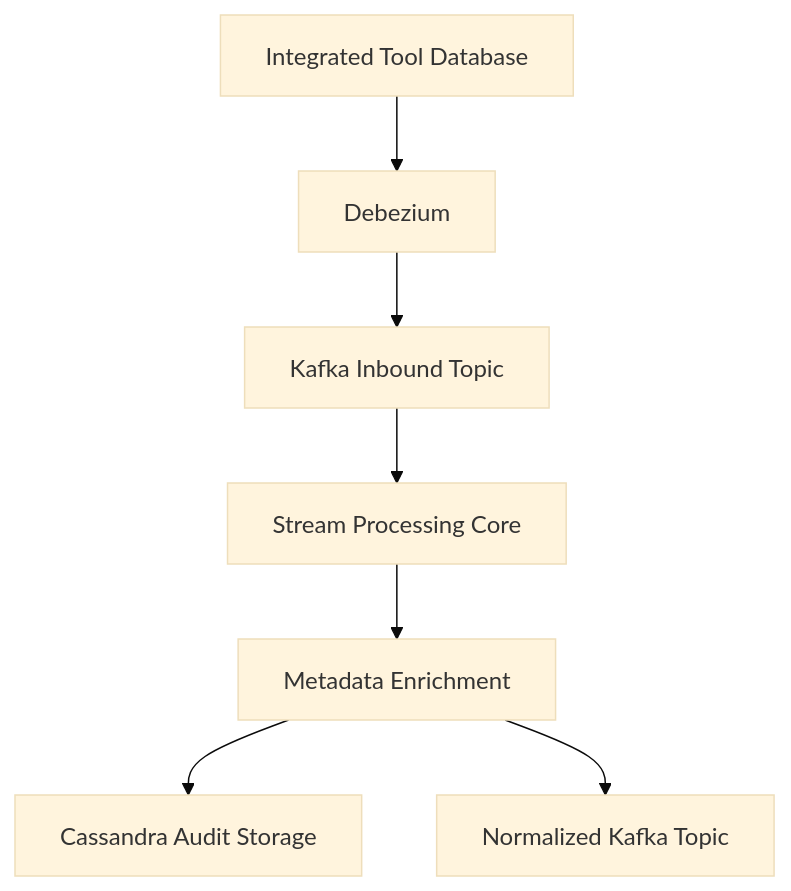
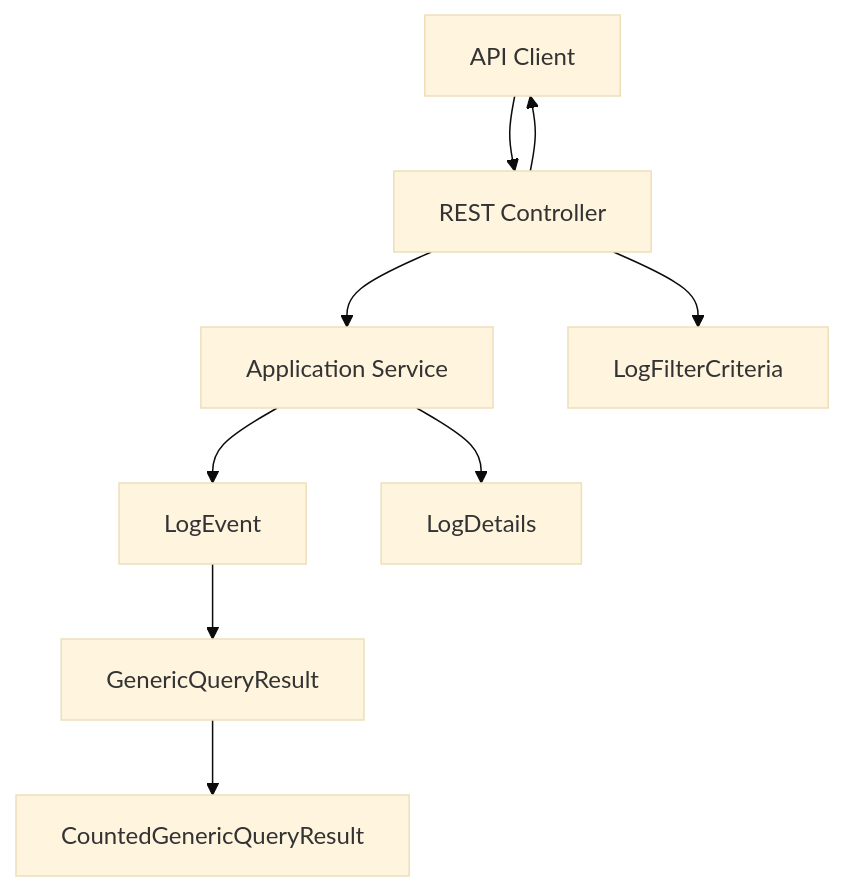
The second of 7 diagrams in docs/reference/architecture/README.md (flamingo-stack/openframe-oss-lib), drawn with Mermaid (base theme) before and after one commit. The commit also changed other lines of this file and 17 other files, not shown here.

Commit message:
docs: Stage 2 - Architecture analysis (3 files) [skip ci]

````diff
--- a/docs/reference/architecture/README.md
+++ b/docs/reference/architecture/README.md
@@ -153,9 +111,21 @@
 ```mermaid
 flowchart TD
-    ToolDB["Integrated Tool Database"] --> Debezium
-    Debezium --> KafkaInbound["Kafka Inbound Topic"]
-    KafkaInbound --> Stream["Stream Processing Core"]
-    Stream --> Enrichment["Metadata Enrichment"]
-    Enrichment --> Cassandra["Cassandra Audit Storage"]
-    Enrichment --> KafkaOut["Normalized Kafka Topic"]
+    Client["API Client"]
+    Controller["REST Controller"]
+    Service["Application Service"]
+
+    Criteria["LogFilterCriteria"]
+    Event["LogEvent"]
+    Details["LogDetails"]
+    Result["GenericQueryResult<T>"]
+    Counted["CountedGenericQueryResult<T>"]
+
+    Client --> Controller
+    Controller --> Criteria
+    Controller --> Service
+    Service --> Event
+    Service --> Details
+    Event --> Result
+    Result --> Counted
+    Controller --> Client
 ```
````
